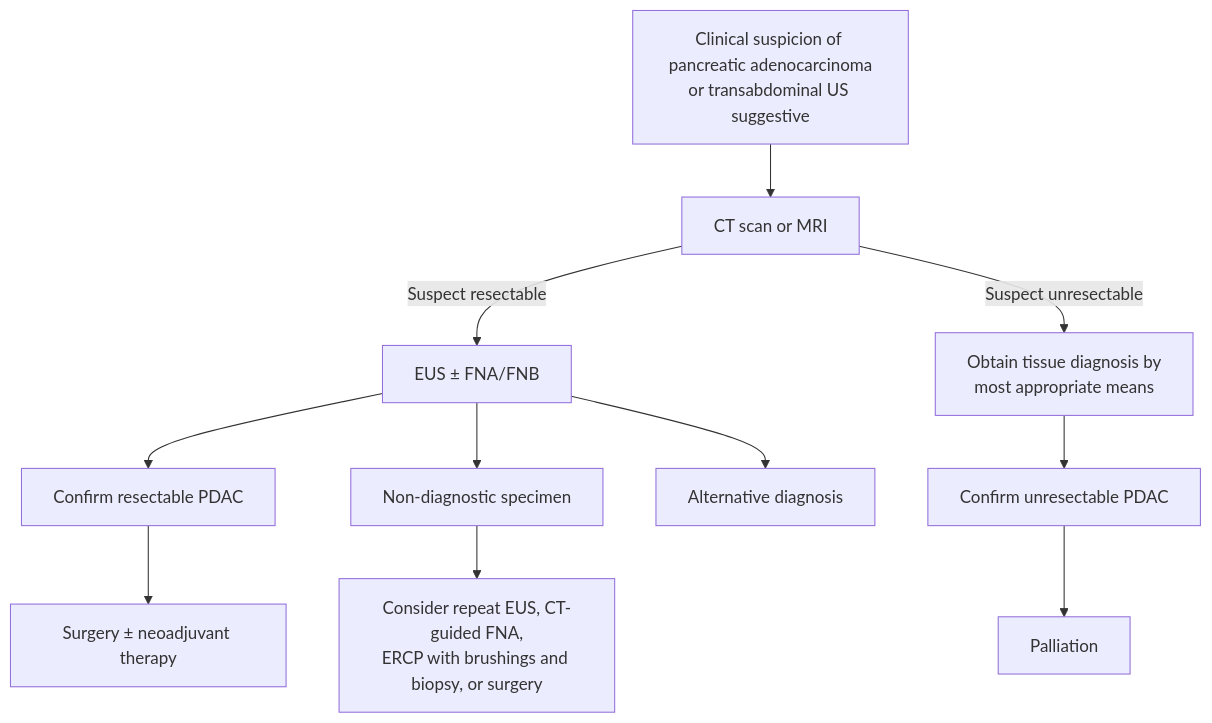
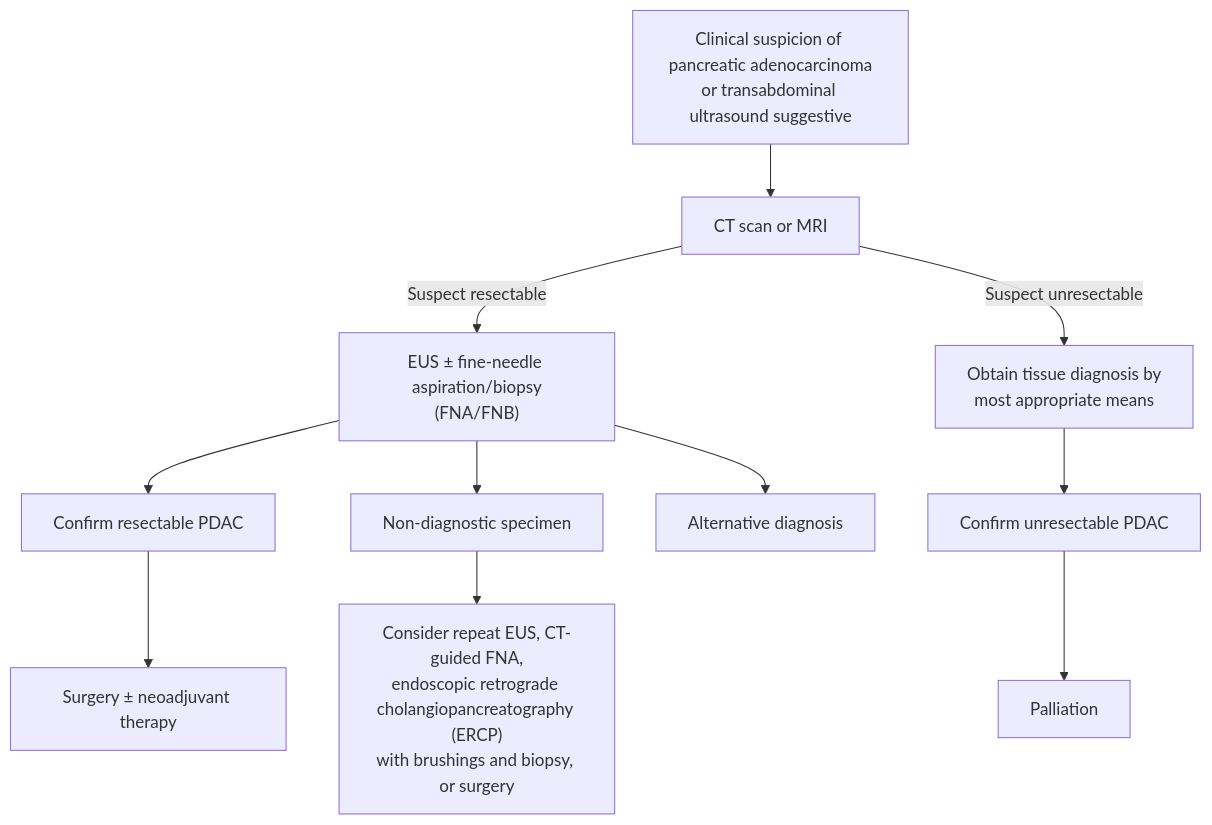
One commit to KHNickLeMD/KHNL-GI-Wiki changed the diagram in KHNL-GI-Wiki/wiki/1-disease-scripts/pancreaticobiliary-diseases/pancreatic-cancer.md. Above: the diagram before and after it, drawn with Mermaid. The commit also changed other lines of this file and 620 other files, not shown here.

````diff
--- a/KHNL-GI-Wiki/wiki/1-disease-scripts/pancreaticobiliary-diseases/pancreatic-cancer.md
+++ b/KHNL-GI-Wiki/wiki/1-disease-scripts/pancreaticobiliary-diseases/pancreatic-cancer.md
@@ -112,13 +112,13 @@
 ```mermaid
 flowchart TD
-    A["Clinical suspicion of pancreatic adenocarcinoma<br/>or transabdominal US suggestive"] --> B["CT scan or MRI"]
-    B -->|"Suspect resectable"| C["EUS ± FNA/FNB"]
+    A["Clinical suspicion of pancreatic adenocarcinoma<br/>or transabdominal ultrasound suggestive"] --> B["CT scan or MRI"]
+    B -->|"Suspect resectable"| C["EUS ± fine-needle aspiration/biopsy<br/>(FNA/FNB)"]
     B -->|"Suspect unresectable"| D["Obtain tissue diagnosis by<br/>most appropriate means"]
     C --> E["Confirm resectable PDAC"]
     C --> F["Non-diagnostic specimen"]
     C --> G["Alternative diagnosis"]
     D --> H["Confirm unresectable PDAC"]
     E --> I["Surgery ± neoadjuvant therapy"]
-    F --> J["Consider repeat EUS, CT-guided FNA,<br/>ERCP with brushings and biopsy, or surgery"]
+    F --> J["Consider repeat EUS, CT-guided FNA,<br/>endoscopic retrograde cholangiopancreatography (ERCP)<br/>with brushings and biopsy, or surgery"]
     H --> K["Palliation"]
 ```
````
